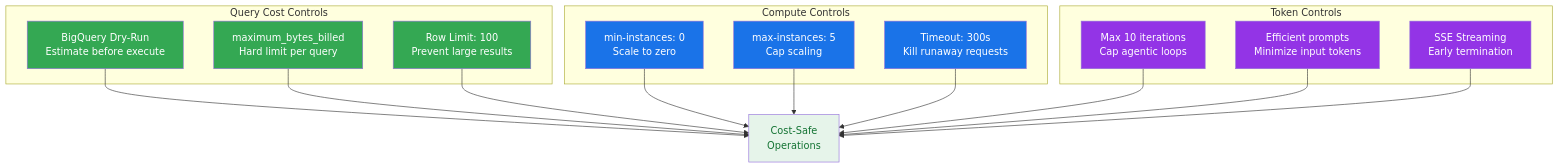
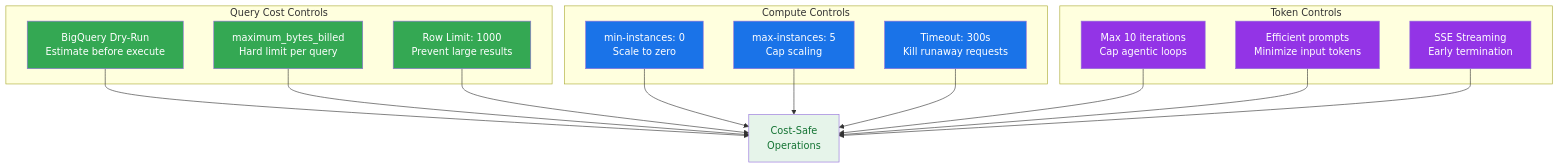
Before and after one commit to gadekar-pravin/InsightAgent: diagram 20 of 23 in ARCHITECTURE.md, drawn with Mermaid. The commit also changed other lines of this file, not shown here.

First line of the commit message:
Add production hardening recommendations to architecture docs

````diff
--- a/ARCHITECTURE.md
+++ b/ARCHITECTURE.md
@@ -889,41 +889,41 @@
 ```mermaid
 flowchart TB
     subgraph "Query Cost Controls"
         DRY[BigQuery Dry-Run<br/>Estimate before execute]
         MAX[maximum_bytes_billed<br/>Hard limit per query]
-        ROW[Row Limit: 100<br/>Prevent large results]
+        ROW[Row Limit: 1000<br/>Prevent large results]
     end
 
     subgraph "Compute Controls"
         MIN[min-instances: 0<br/>Scale to zero]
         MAXINST[max-instances: 5<br/>Cap scaling]
         TIMEOUT[Timeout: 300s<br/>Kill runaway requests]
     end
 
     subgraph "Token Controls"
         LOOP[Max 10 iterations<br/>Cap agentic loops]
         PROMPT[Efficient prompts<br/>Minimize input tokens]
         STREAM[SSE Streaming<br/>Early termination]
     end
 
     DRY --> SAFE[Cost-Safe<br/>Operations]
     MAX --> SAFE
     ROW --> SAFE
     MIN --> SAFE
     MAXINST --> SAFE
     TIMEOUT --> SAFE
     LOOP --> SAFE
     PROMPT --> SAFE
     STREAM --> SAFE
 
     style DRY fill:#34A853,color:#fff
     style MAX fill:#34A853,color:#fff
     style ROW fill:#34A853,color:#fff
     style MIN fill:#1A73E8,color:#fff
     style MAXINST fill:#1A73E8,color:#fff
     style TIMEOUT fill:#1A73E8,color:#fff
     style LOOP fill:#9334E6,color:#fff
     style PROMPT fill:#9334E6,color:#fff
     style STREAM fill:#9334E6,color:#fff
     style SAFE fill:#E6F4EA,color:#137333
 ```
````
